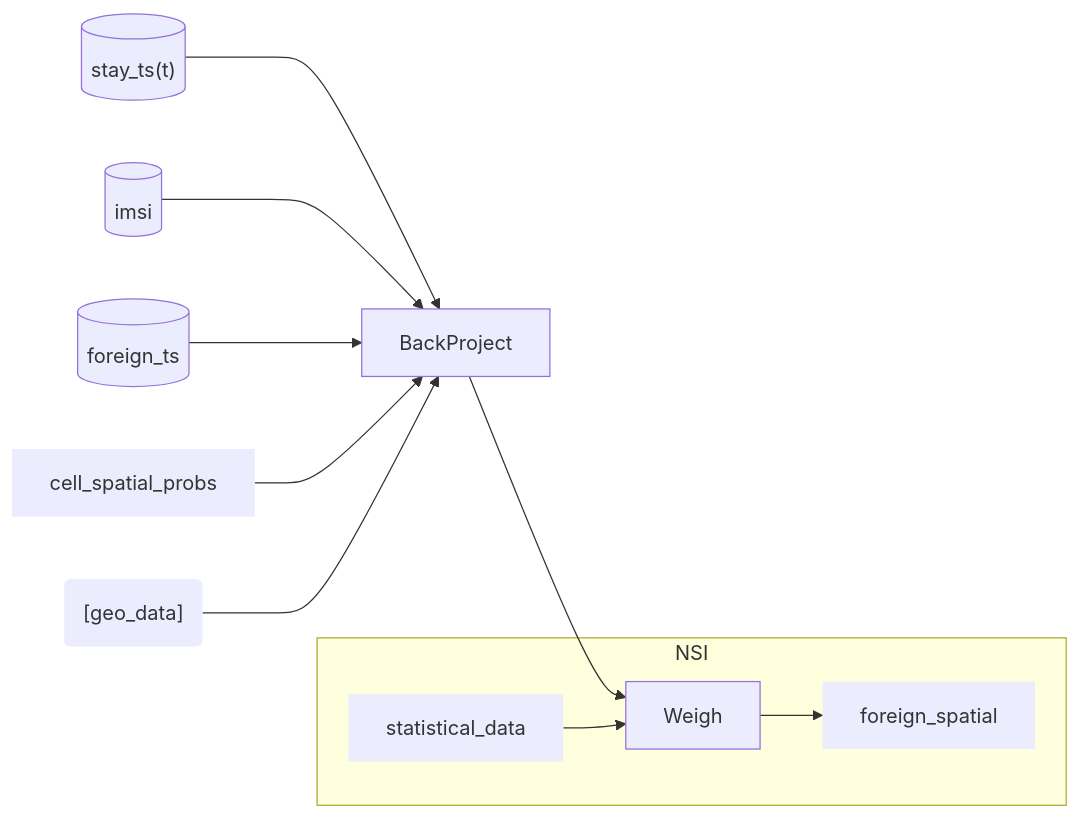
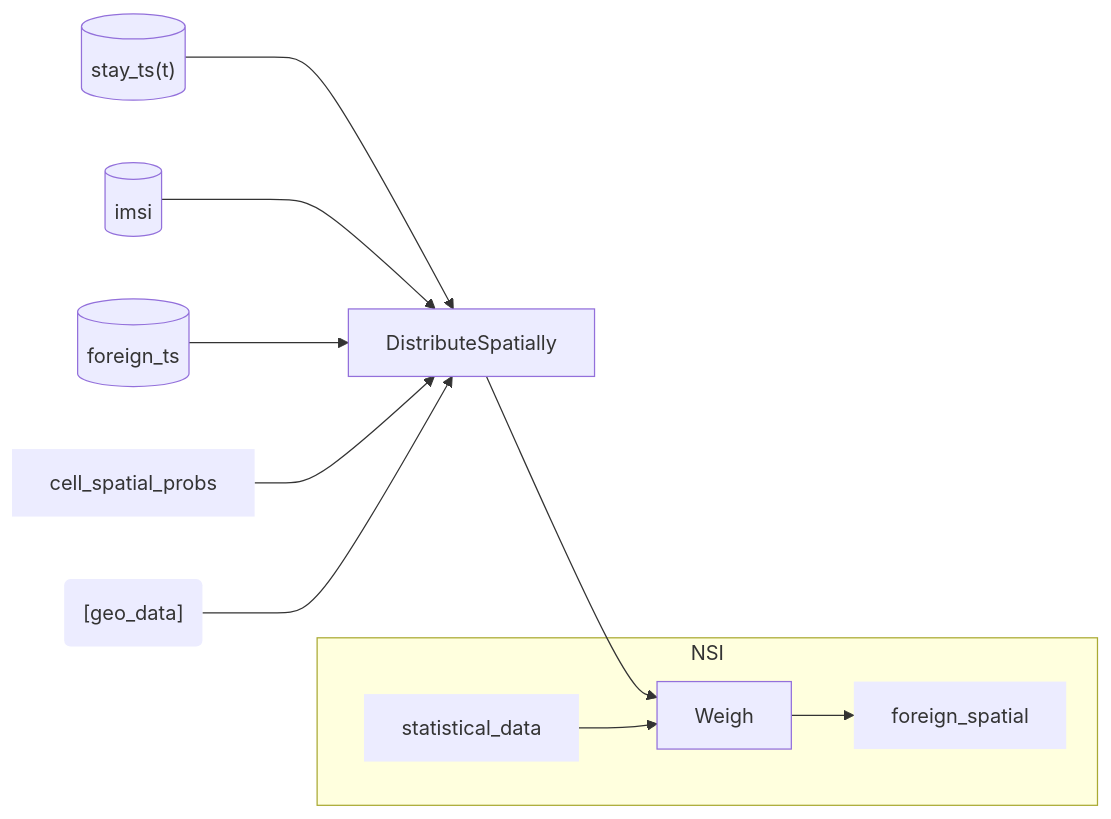
One commit to djvanderlaan/pipeline changed diagram 14 of 14 in README.md. Above: the diagram before and after it, drawn with Mermaid. The commit also changed other lines of this file, not shown here.

````diff
--- a/README.md
+++ b/README.md
@@ -177,18 +177,18 @@
 ```mermaid
 flowchart LR
 
-stay_ts[("stay_ts(t)")] --> BackProject --> Weigh 
+stay_ts[("stay_ts(t)")] --> DistributeSpatially --> Weigh 
 
-imsi[("imsi")] --> BackProject
-foreign_ts[("foreign_ts")] --> BackProject
+imsi[("imsi")] --> DistributeSpatially
+foreign_ts[("foreign_ts")] --> DistributeSpatially
 
-cell_spatial_probs:::data --> BackProject
-geo_data("[geo_data]"):::data --> BackProject
+cell_spatial_probs:::data --> DistributeSpatially
+geo_data("[geo_data]"):::data --> DistributeSpatially
 
 subgraph NSI
   Weigh --> foreign_spatial:::data
   statistical_data:::data --> Weigh
 end
 
 classDef data stroke-width:0px
 ```
````
